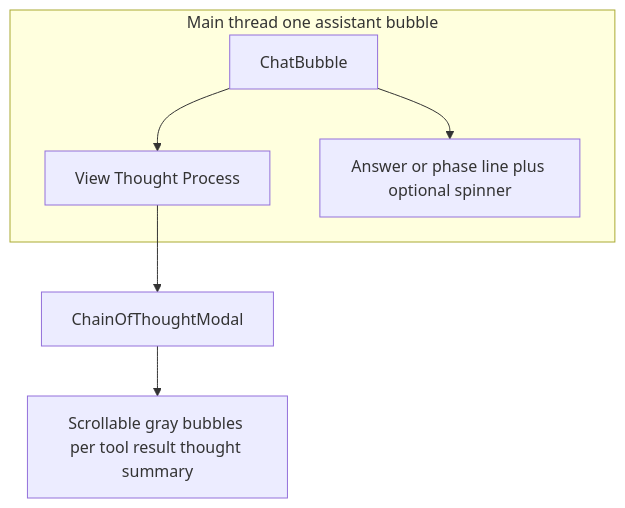
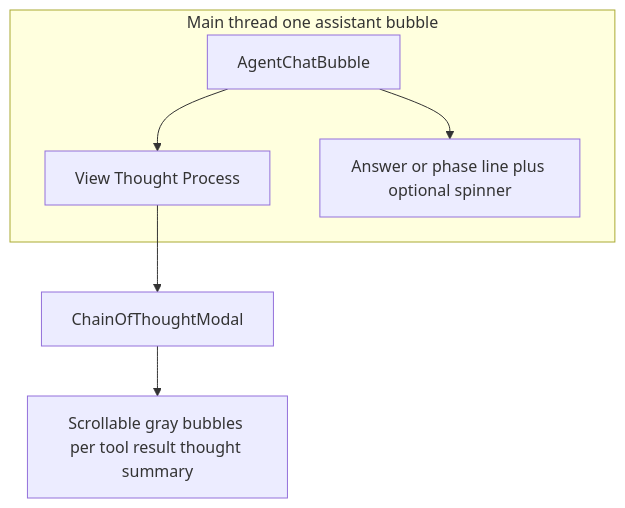
Before and after one commit to daledesilva/openclaw-ui: the second of 2 diagrams in docs/chain-of-thought.md, drawn with Mermaid. The commit also changed other lines of this file and 18 other files, not shown here.

Commit message:
Refactor of agent bubble component

````diff
--- a/docs/chain-of-thought.md
+++ b/docs/chain-of-thought.md
@@ -37,12 +37,12 @@
 ```mermaid
 flowchart TB
   subgraph thread [Main thread one assistant bubble]
-    Bubble[ChatBubble]
+    Bubble[AgentChatBubble]
     Header[View Thought Process]
     Body[Answer or phase line plus optional spinner]
     Bubble --> Header
     Bubble --> Body
   end
   Header --> Modal[ChainOfThoughtModal]
   Modal --> Bubbles[Scrollable gray bubbles per tool result thought summary]
 ```
````
